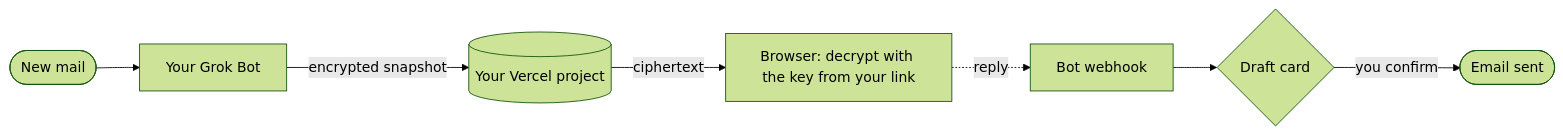
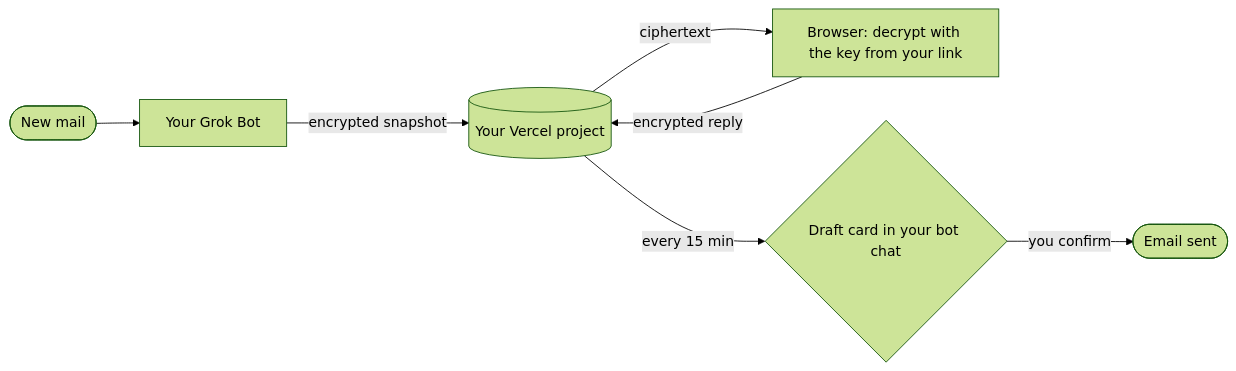
Before and after one commit to mascarock/grokbot-inbox: the diagram in README.md, drawn with Mermaid (forest theme). The commit also changed other lines of this file and 3 other files, not shown here.

````diff
--- a/README.md
+++ b/README.md
@@ -31,9 +31,9 @@
 ```mermaid
 flowchart LR
     M([New mail]) --> B[Your Grok Bot]
     B -- encrypted snapshot --> V[(Your Vercel project)]
     V -- ciphertext --> P[Browser: decrypt with the key from your link]
-    P -. reply .-> W[Bot webhook]
-    W --> C{Draft card}
+    P -- encrypted reply --> V
+    V -- every 15 min --> C{Draft card in your bot chat}
     C -- you confirm --> S([Email sent])
 ```
````
